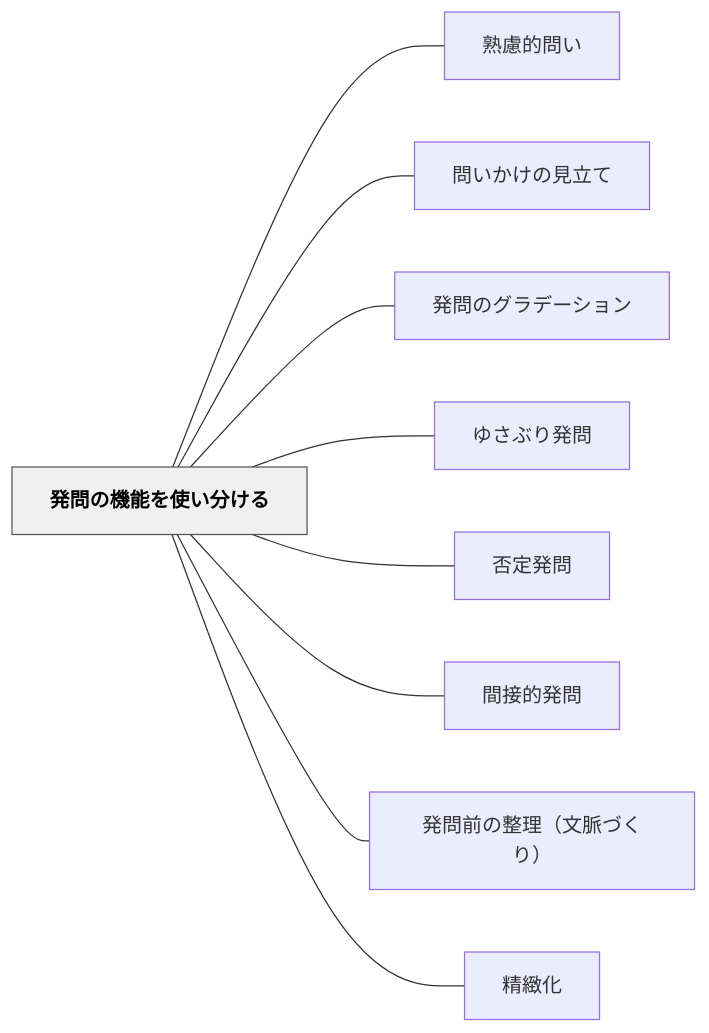
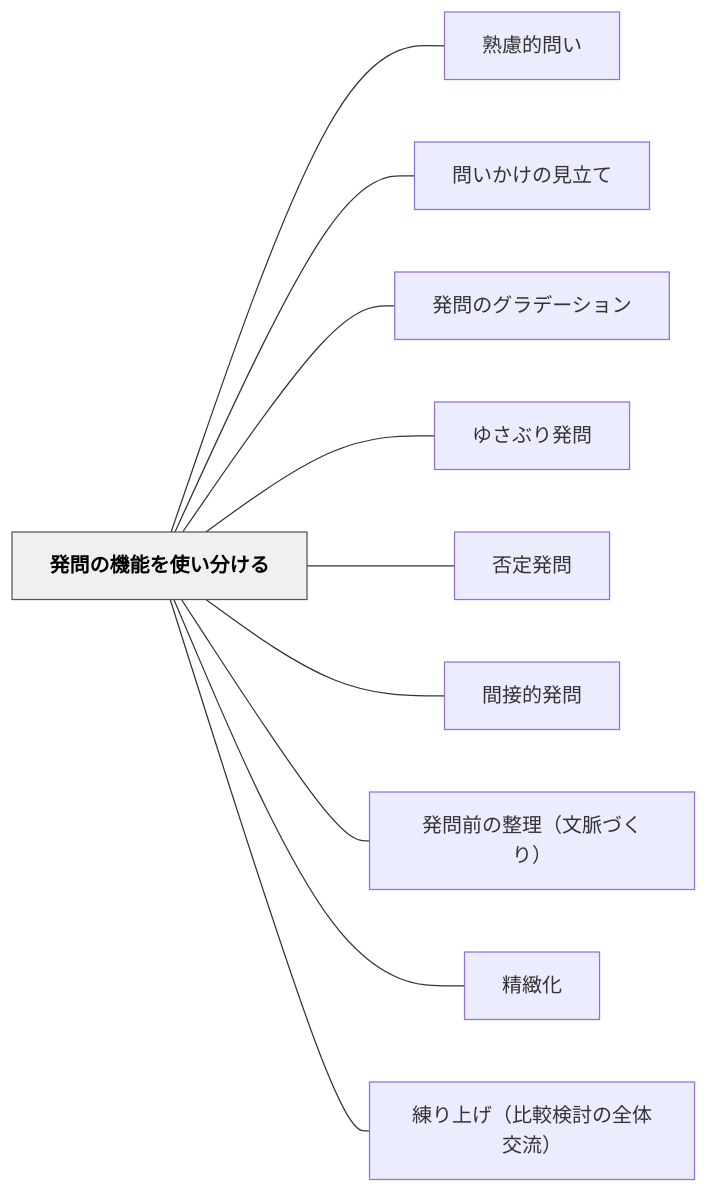
Before and after one commit to unknownthings-ed-patterns/unknownthings-ed-patterns: the diagram in content/パタン/発問の機能を使い分ける.md, drawn with Mermaid. The commit also changed other lines of this file and 84 other files, not shown here.

````diff
--- a/content/パタン/発問の機能を使い分ける.md
+++ b/content/パタン/発問の機能を使い分ける.md
@@ -87,24 +89,26 @@
 ```mermaid
 flowchart LR
     ne799bae5958fe381aee6a99fe883bde38292e4bdbfe38184e58886e38191e3828b["発問の機能を使い分ける"]
     ne7869fe685aee79a84e5958fe38184["熟慮的問い"]
     ne5958fe38184e3818be38191e381aee8a68be7ab8be381a6["問いかけの見立て"]
     ne799bae5958fe381aee382b0e383a9e38387e383bce382b7e383a7e383b3["発問のグラデーション"]
     ne38286e38195e381b6e3828ae799bae5958f["ゆさぶり発問"]
     ne590a6e5ae9ae799bae5958f["否定発問"]
     ne99693e68ea5e79a84e799bae5958f["間接的発問"]
     ne799bae5958fe5898de381aee695b4e79086efbc88e69687e88488e381a5e3818fe3828aefbc89["発問前の整理（文脈づくり）"]
     ne7b2bee7b7bbe58c96["精緻化"]
+    ne7b7b4e3828ae4b88ae38192efbc88e6af94e8bc83e6a49ce8a88ee381aee585a8e4bd93e4baa4e6b581efbc89["練り上げ（比較検討の全体交流）"]
 
     ne799bae5958fe381aee6a99fe883bde38292e4bdbfe38184e58886e38191e3828b --- ne7869fe685aee79a84e5958fe38184
     ne799bae5958fe381aee6a99fe883bde38292e4bdbfe38184e58886e38191e3828b --- ne5958fe38184e3818be38191e381aee8a68be7ab8be381a6
     ne799bae5958fe381aee6a99fe883bde38292e4bdbfe38184e58886e38191e3828b --- ne799bae5958fe381aee382b0e383a9e38387e383bce382b7e383a7e383b3
     ne799bae5958fe381aee6a99fe883bde38292e4bdbfe38184e58886e38191e3828b --- ne38286e38195e381b6e3828ae799bae5958f
     ne799bae5958fe381aee6a99fe883bde38292e4bdbfe38184e58886e38191e3828b --- ne590a6e5ae9ae799bae5958f
     ne799bae5958fe381aee6a99fe883bde38292e4bdbfe38184e58886e38191e3828b --- ne99693e68ea5e79a84e799bae5958f
     ne799bae5958fe381aee6a99fe883bde38292e4bdbfe38184e58886e38191e3828b --- ne799bae5958fe5898de381aee695b4e79086efbc88e69687e88488e381a5e3818fe3828aefbc89
     ne799bae5958fe381aee6a99fe883bde38292e4bdbfe38184e58886e38191e3828b --- ne7b2bee7b7bbe58c96
+    ne799bae5958fe381aee6a99fe883bde38292e4bdbfe38184e58886e38191e3828b --- ne7b7b4e3828ae4b88ae38192efbc88e6af94e8bc83e6a49ce8a88ee381aee585a8e4bd93e4baa4e6b581efbc89
 
     classDef hub fill:#f0f0f0,stroke:#555,color:#000,font-weight:bold
     class ne799bae5958fe381aee6a99fe883bde38292e4bdbfe38184e58886e38191e3828b hub
 ```
````
